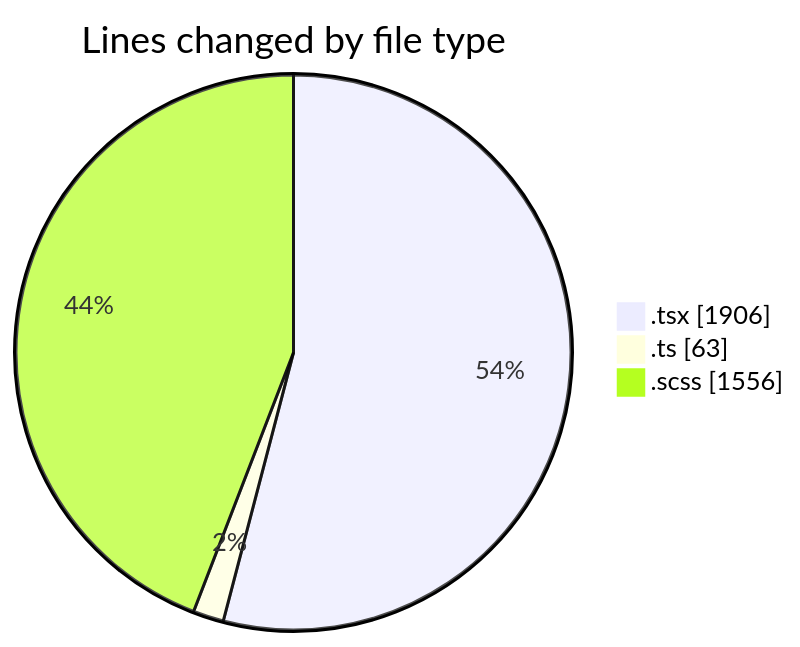
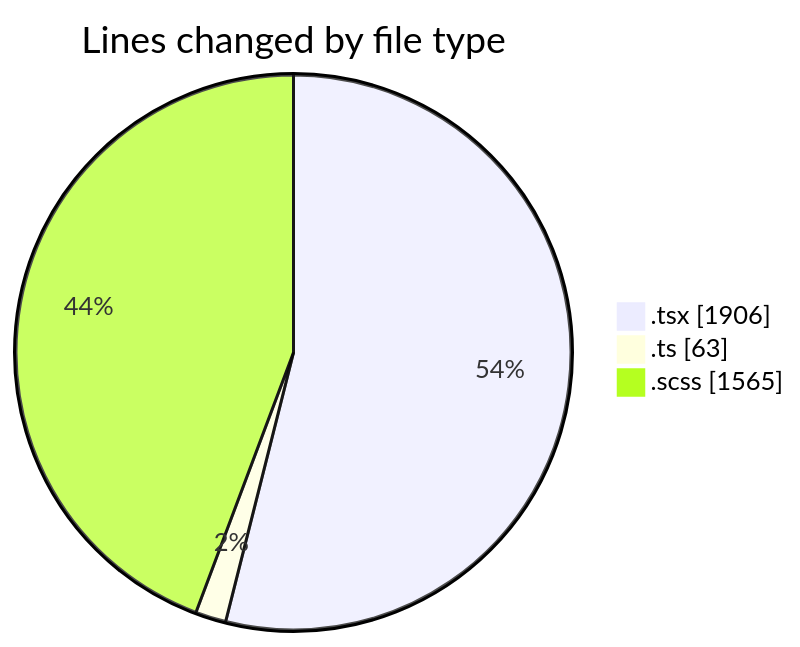
Before and after one commit to momahboobian/code-tracking: the first of 2 diagrams in 2025-04-02/cda/README.md, drawn with Mermaid. The commit also changed other lines of this file and 1 other file, not shown here.

````diff
--- a/2025-04-02/cda/README.md
+++ b/2025-04-02/cda/README.md
@@ -30,7 +30,7 @@
 ```mermaid
 pie showData
 title Lines changed by file type
 ".tsx" : 1906
 ".ts" : 63
-".scss" : 1556
+".scss" : 1565
 ```
````
